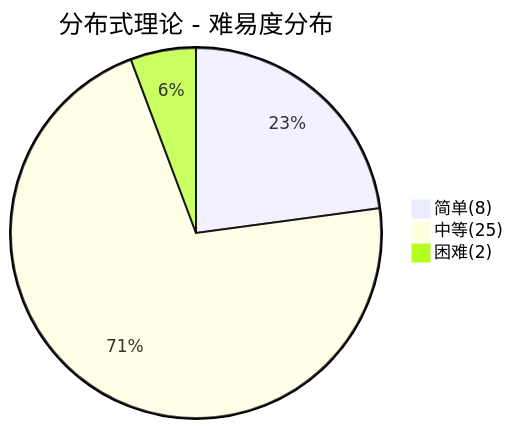
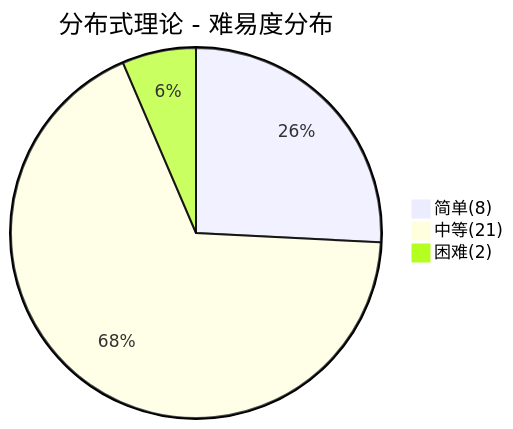
The first of 6 diagrams in docs/99.面试/分布式面试.md (dunwu/waterdrop), drawn with Mermaid before and after one commit. The commit also changed other lines of this file and 50 other files, not shown here.

````diff
--- a/docs/99.面试/分布式面试.md
+++ b/docs/99.面试/分布式面试.md
@@ -32,6 +32,6 @@
 ```mermaid
 pie title 分布式理论 - 难易度分布
     "简单(8)" : 8
-    "中等(25)" : 25
+    "中等(21)" : 21
     "困难(2)" : 2
 ```
````
